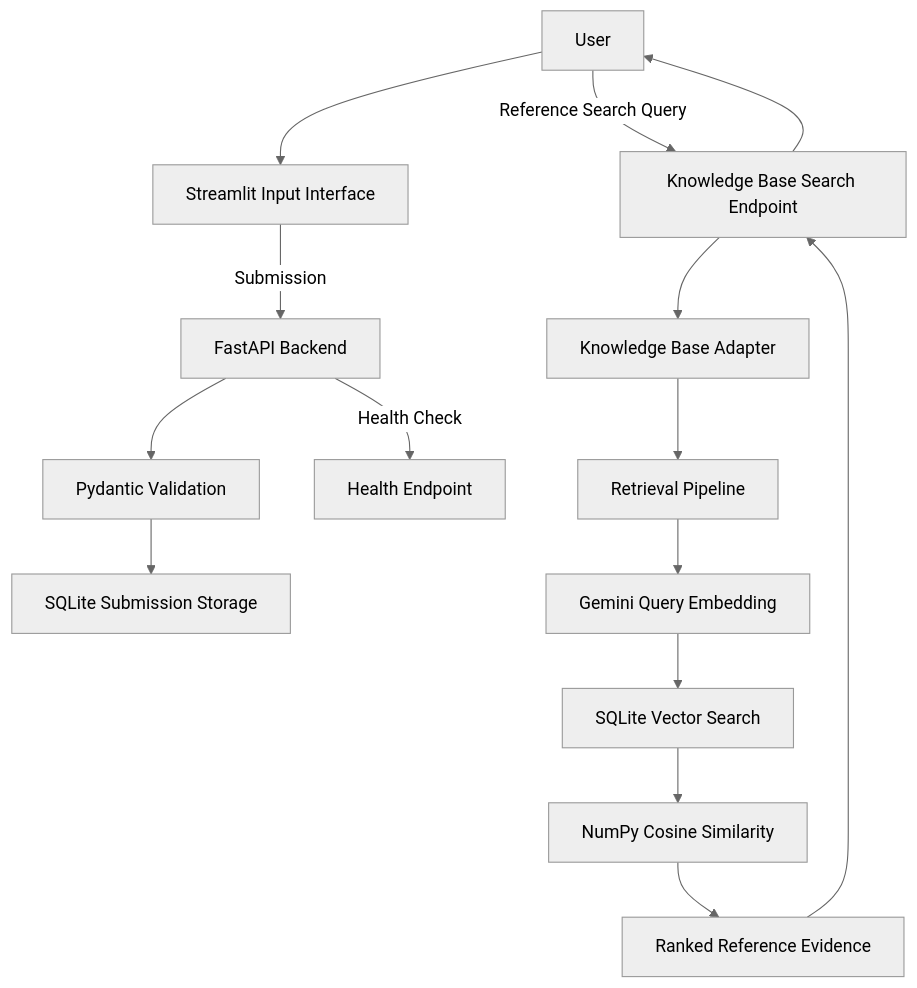
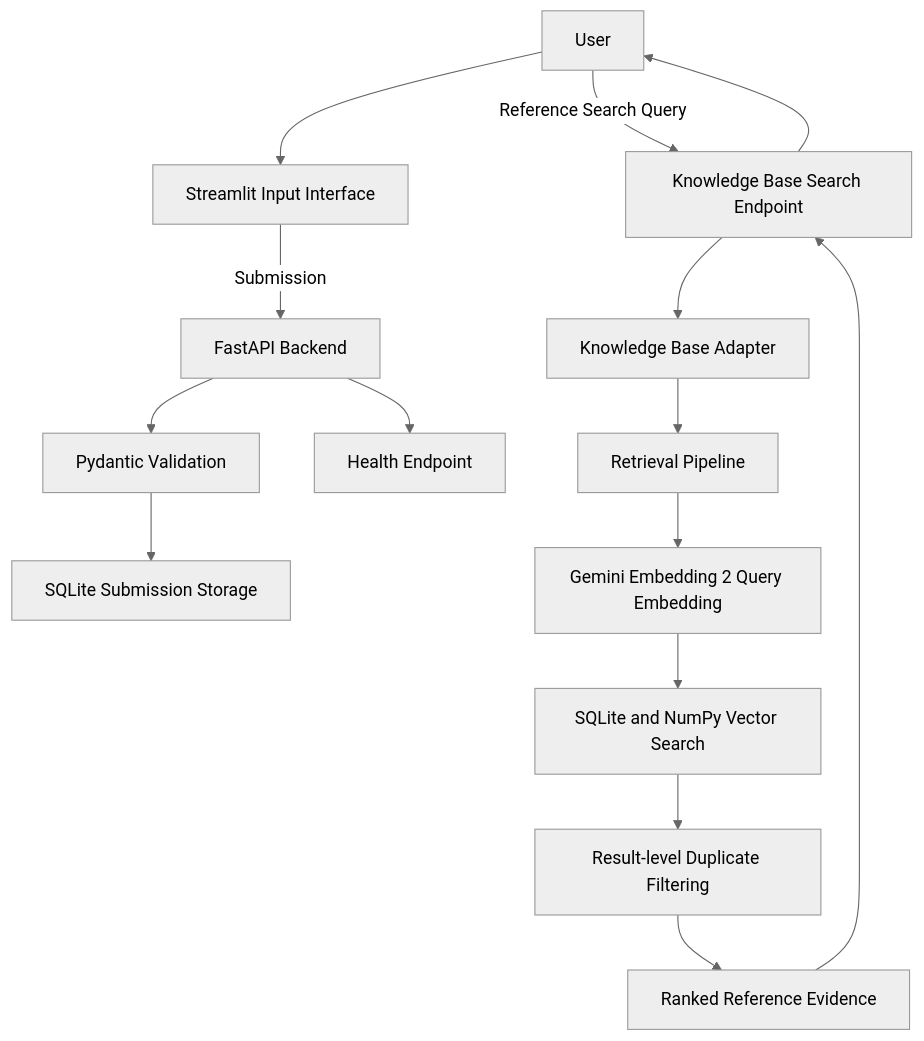
The first of 3 diagrams in docs/ARCHITECTURE.md (sanskarcoder29/ai-response-validation), drawn with Mermaid (neutral theme) before and after one commit. The commit also changed other lines of this file and 5 other files, not shown here.

````diff
--- a/docs/ARCHITECTURE.md
+++ b/docs/ARCHITECTURE.md
@@ -33,24 +32,18 @@
 ```mermaid
 flowchart TD
     U[User] --> UI[Streamlit Input Interface]
-
     UI -->|Submission| API[FastAPI Backend]
-
-    API --> SC[ Pydantic Validation ]
-    SC --> ST[SQLite Submission Storage]
-
-    API -->|Health Check| HC[Health Endpoint]
+    API --> VAL[Pydantic Validation]
+    VAL --> DB[SQLite Submission Storage]
+    API --> HEALTH[Health Endpoint]
 
     U -->|Reference Search Query| KBAPI[Knowledge Base Search Endpoint]
-
-    KBAPI --> KB[Knowledge Base Adapter]
-    KB --> RET[Retrieval Pipeline]
-
-    RET --> QE[Gemini Query Embedding]
-    QE --> VS[SQLite Vector Search]
-    VS --> NP[NumPy Cosine Similarity]
-    NP --> E[Ranked Reference Evidence]
-
-    E --> KBAPI
+    KBAPI --> ADAPTER[Knowledge Base Adapter]
+    ADAPTER --> RET[Retrieval Pipeline]
+    RET --> QE[Gemini Embedding 2 Query Embedding]
+    QE --> SEARCH[SQLite and NumPy Vector Search]
+    SEARCH --> DEDUP[Result-level Duplicate Filtering]
+    DEDUP --> EVIDENCE[Ranked Reference Evidence]
+    EVIDENCE --> KBAPI
     KBAPI --> U
 ```
````
